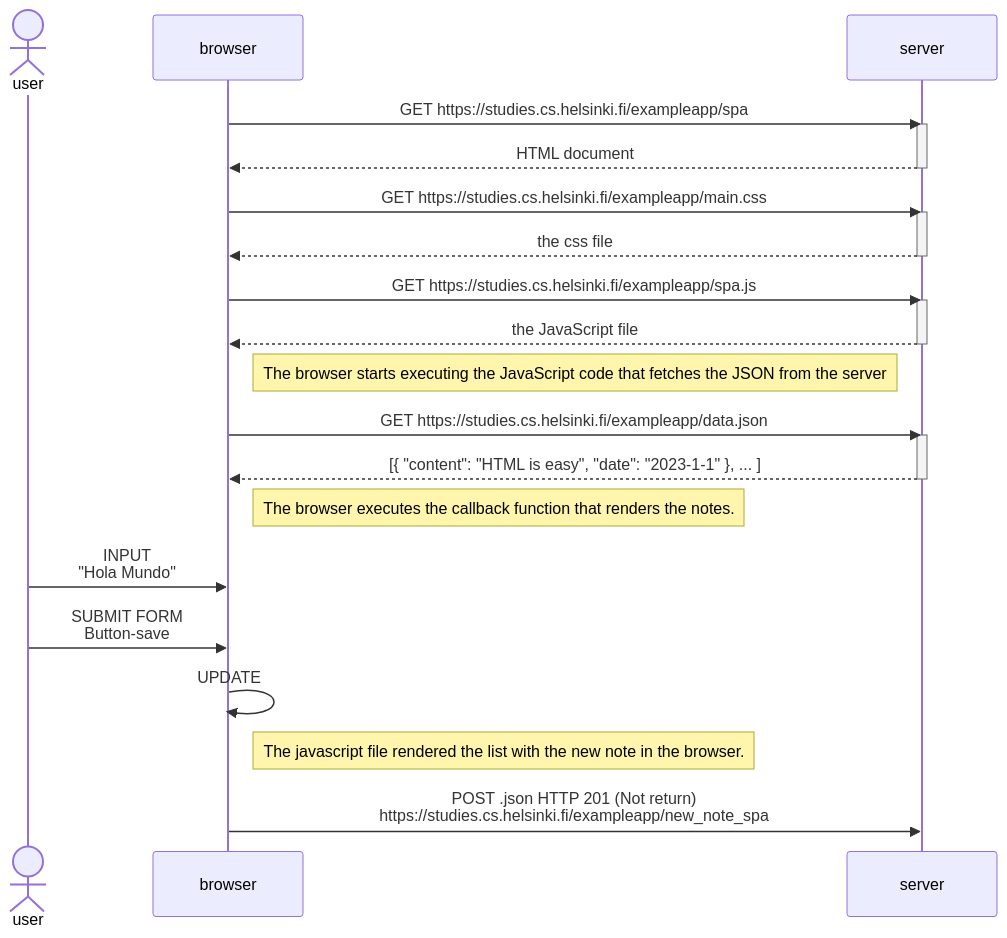
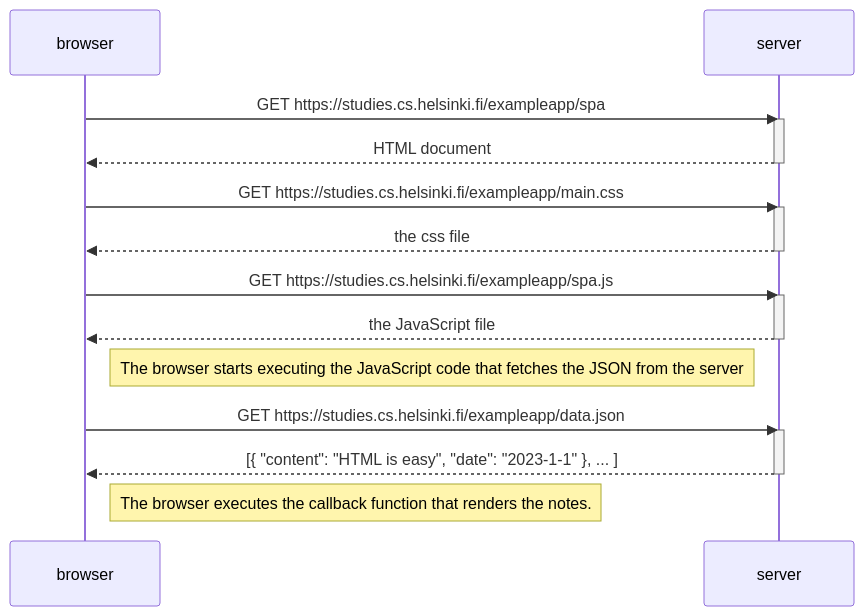
The diagram in Parte 0/0.5: Diagrama de aplicación de una sola página.md (Orfoxcode/fullstackopen), drawn with Mermaid before and after one commit.

Commit message:
Update 0.5: Diagrama de aplicación de una sola página.md

````diff
--- a/Parte 0/0.5: Diagrama de aplicación de una sola página.md
+++ b/Parte 0/0.5: Diagrama de aplicación de una sola página.md
@@ -3,41 +3,36 @@
 ```mermaid
 
  sequenceDiagram
 
-  actor  user
+  
   participant browser
   participant server
   
   
   browser->>server: GET https://studies.cs.helsinki.fi/exampleapp/spa
   activate server
   server-->>browser: HTML document
   deactivate server
   
   browser->>server: GET https://studies.cs.helsinki.fi/exampleapp/main.css
   activate server
   server-->>browser: the css file
   deactivate server
   
   browser->>server: GET https://studies.cs.helsinki.fi/exampleapp/spa.js
   activate server
   server-->>browser: the JavaScript file
   deactivate server
   
   Note right of browser: The browser starts executing the JavaScript code that fetches the JSON from the server
   
   browser->>server: GET https://studies.cs.helsinki.fi/exampleapp/data.json
   activate server
   server-->>browser: [{ "content": "HTML is easy", "date": "2023-1-1" }, ... ]
   deactivate server
 
   Note right of browser: The browser executes the callback function that renders the notes.
 
-  user->>browser: INPUT <br/>"Hola Mundo"
-  user->>browser: SUBMIT FORM <br/> Button-save
-  browser ->> browser: UPDATE
-  Note right of browser: The javascript file rendered the list with the new note in the browser.
 
-  browser->>server: POST .json HTTP 201 (Not return) <br/> https://studies.cs.helsinki.fi/exampleapp/new_note_spa
   
 ```
````
